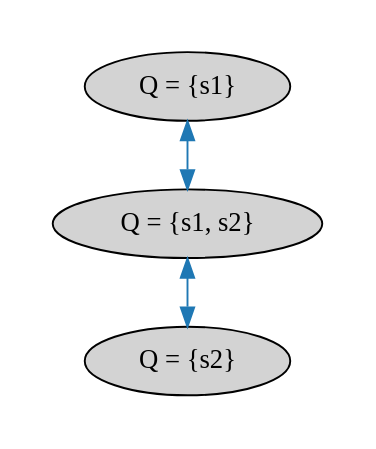
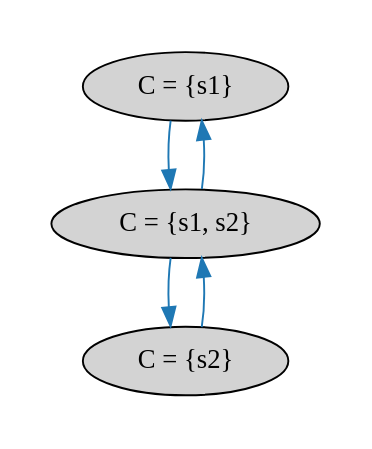
The diagram in notes/raft_reconfig_bug/quorums_n2.dot (will62794/logless-reconfig), drawn with Graphviz before and after one commit. The commit also changed 13 other files, not shown here.

```diff
--- a/notes/raft_reconfig_bug/quorums_n2.dot
+++ b/notes/raft_reconfig_bug/quorums_n2.dot
@@ -1,15 +1,15 @@
 strict digraph DiskGraph {
 edge [colorscheme="paired12"]
-nodesep=0.35;concentrate=true;
+nodesep=0.35;concentrate=false;
 subgraph cluster_graph {
 color="white";
--665264261705504136 [label="Q = {s1}",style = filled]
-560675723508178381 [label="Q = {s2}",style = filled]
--6631229200742966576 [label="Q = {s1, s2}",style = filled]
--665264261705504136 -> -6631229200742966576 [label="",color="2",fontcolor="2"];
-560675723508178381 -> -6631229200742966576 [label="",color="2",fontcolor="2"];
--6631229200742966576 -> 560675723508178381 [label="",color="2",fontcolor="2"];
--6631229200742966576 -> -665264261705504136 [label="",color="2",fontcolor="2"];
+-4944192447147268359 [label="C = {s1}",style = filled]
+-5847232171874344258 [label="C = {s2}",style = filled]
+4495524214695636027 [label="C = {s1, s2}",style = filled]
+-4944192447147268359 -> 4495524214695636027 [label="",color="2",fontcolor="2"];
+-5847232171874344258 -> 4495524214695636027 [label="",color="2",fontcolor="2"];
+4495524214695636027 -> -5847232171874344258 [label="",color="2",fontcolor="2"];
+4495524214695636027 -> -4944192447147268359 [label="",color="2",fontcolor="2"];
 
 }
 }
```
